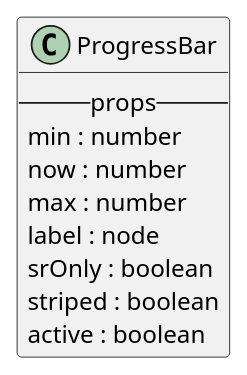
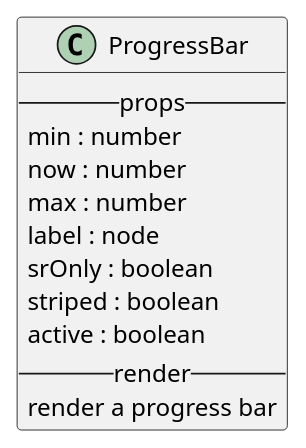
The diagram in react/bootstrap/progressbar.iuml (M9k/Marvin-Uml), drawn with PlantUML before and after one commit. The commit also changed 10 other files, not shown here.

```diff
--- a/react/bootstrap/progressbar.iuml
+++ b/react/bootstrap/progressbar.iuml
@@ -1,10 +1,12 @@
 class ProgressBar{
     --props--
          min : number
          now : number
          max : number
          label : node
          srOnly : boolean
          striped : boolean
          active : boolean
+    --render--
+        render a progress bar
 }
```
